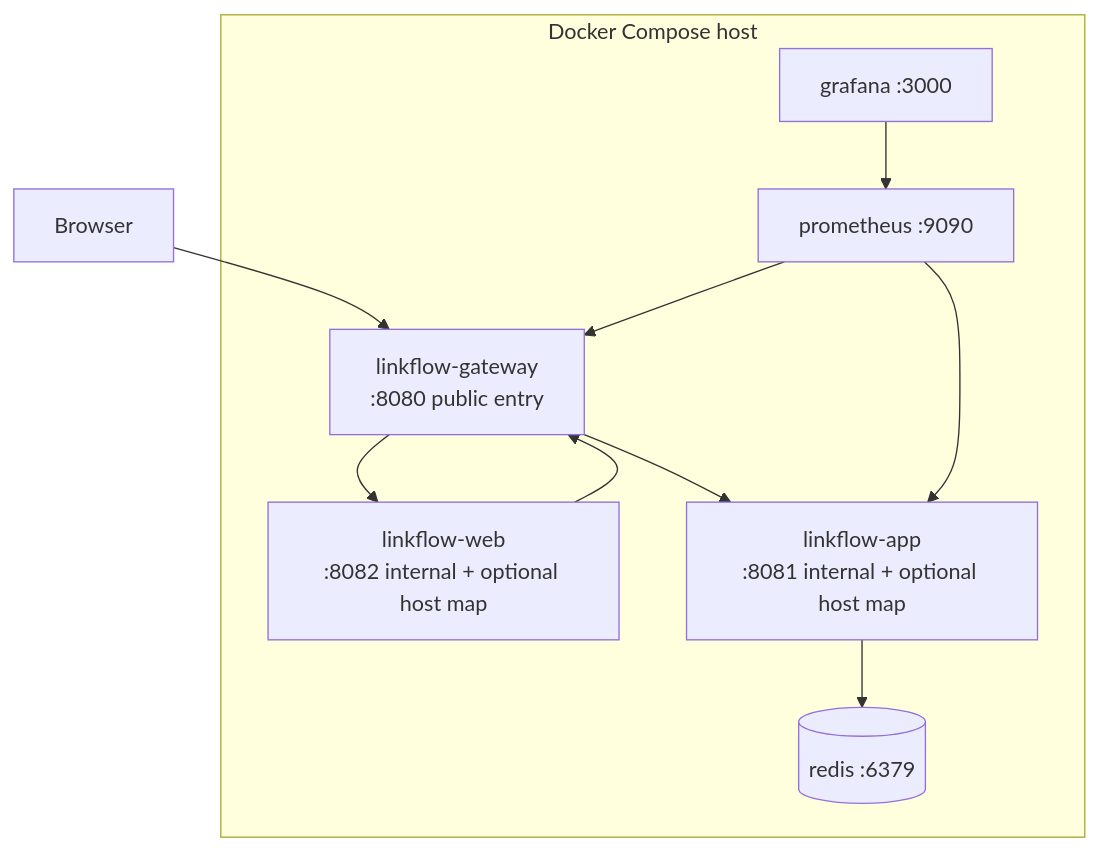
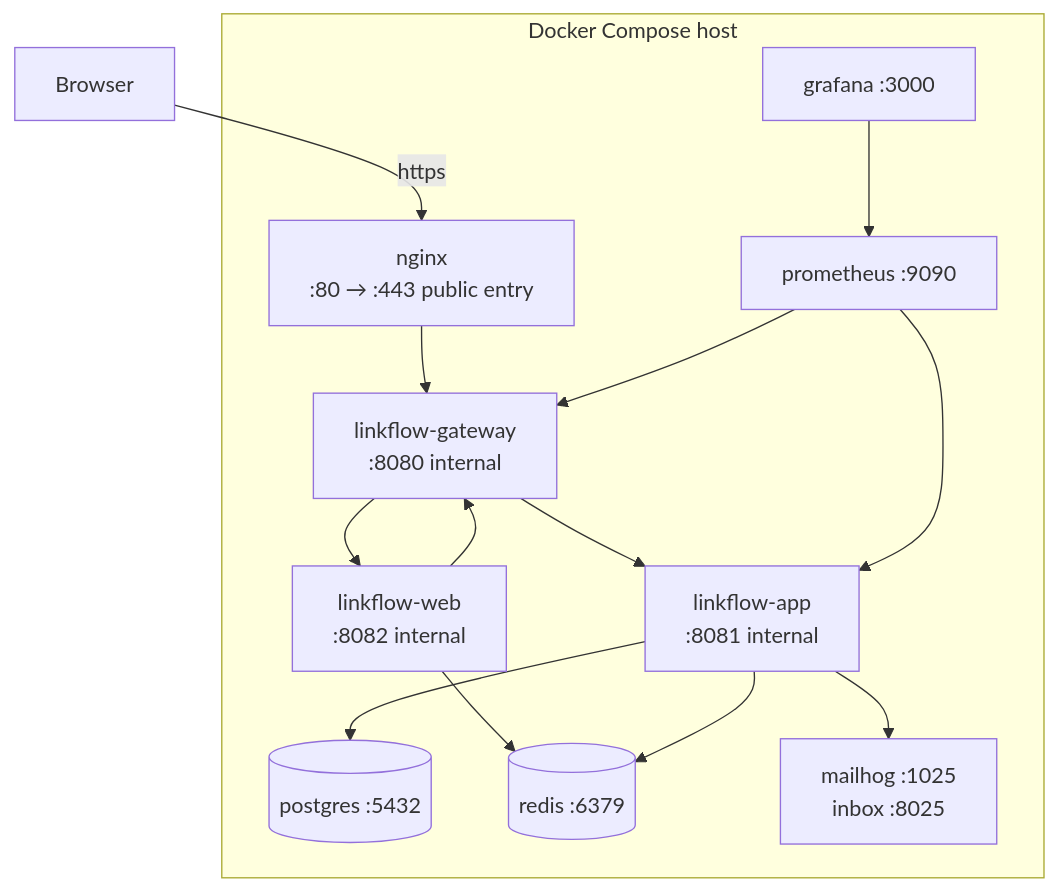
Before and after one commit to SlayerBit/linkflow: the tenth of 11 diagrams in docs/system-design.md, drawn with Mermaid. The commit also changed other lines of this file and 189 other files, not shown here.

````diff
--- a/docs/system-design.md
+++ b/docs/system-design.md
@@ -381,20 +381,27 @@
 ```mermaid
 flowchart TB
     subgraph DockerHost["Docker Compose host"]
-        Gateway["linkflow-gateway\n:8080 public entry"]
-        WebUI["linkflow-web\n:8082 internal + optional host map"]
-        Backend["linkflow-app\n:8081 internal + optional host map"]
+        Nginx["nginx\n:80 → :443 public entry"]
+        Gateway["linkflow-gateway\n:8080 internal"]
+        WebUI["linkflow-web\n:8082 internal"]
+        Backend["linkflow-app\n:8081 internal"]
+        PG[(postgres :5432)]
         Redis[(redis :6379)]
+        Mail["mailhog :1025\ninbox :8025"]
         Prometheus["prometheus :9090"]
         Grafana["grafana :3000"]
     end
 
-    Browser["Browser"] --> Gateway
+    Browser["Browser"] -->|https| Nginx
+    Nginx --> Gateway
     Gateway --> Backend
     Gateway --> WebUI
     WebUI --> Gateway
+    WebUI --> Redis
+    Backend --> PG
     Backend --> Redis
+    Backend --> Mail
     Prometheus --> Backend
     Prometheus --> Gateway
     Grafana --> Prometheus
 ```
````
